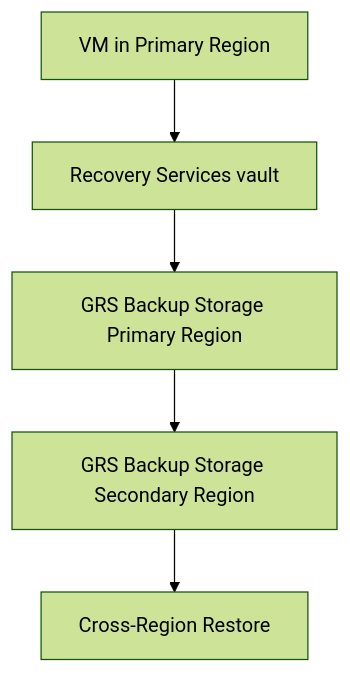
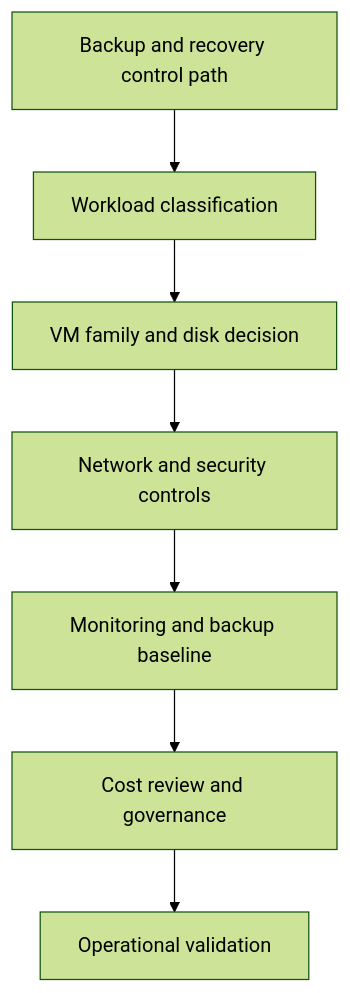
Before and after one commit to yeongseon/azure-virtual-machine-practical-guide: the diagram in docs/best-practices/backup-and-dr-best-practices.md, drawn with Mermaid (forest theme). The commit also changed other lines of this file and 24 other files, not shown here.

````diff
--- a/docs/best-practices/backup-and-dr-best-practices.md
+++ b/docs/best-practices/backup-and-dr-best-practices.md
@@ -22,7 +17,9 @@
 ```mermaid
-graph TD
-    A[VM in Primary Region] --> B[Recovery Services vault]
-    B --> C[GRS Backup Storage Primary Region]
-    C --> D[GRS Backup Storage Secondary Region]
-    D --> E[Cross-Region Restore]
+flowchart TD
+    A[Backup and recovery control path] --> B[Workload classification]
+    B --> C[VM family and disk decision]
+    C --> D[Network and security controls]
+    D --> E[Monitoring and backup baseline]
+    E --> F[Cost review and governance]
+    F --> G[Operational validation]
 ```
````
